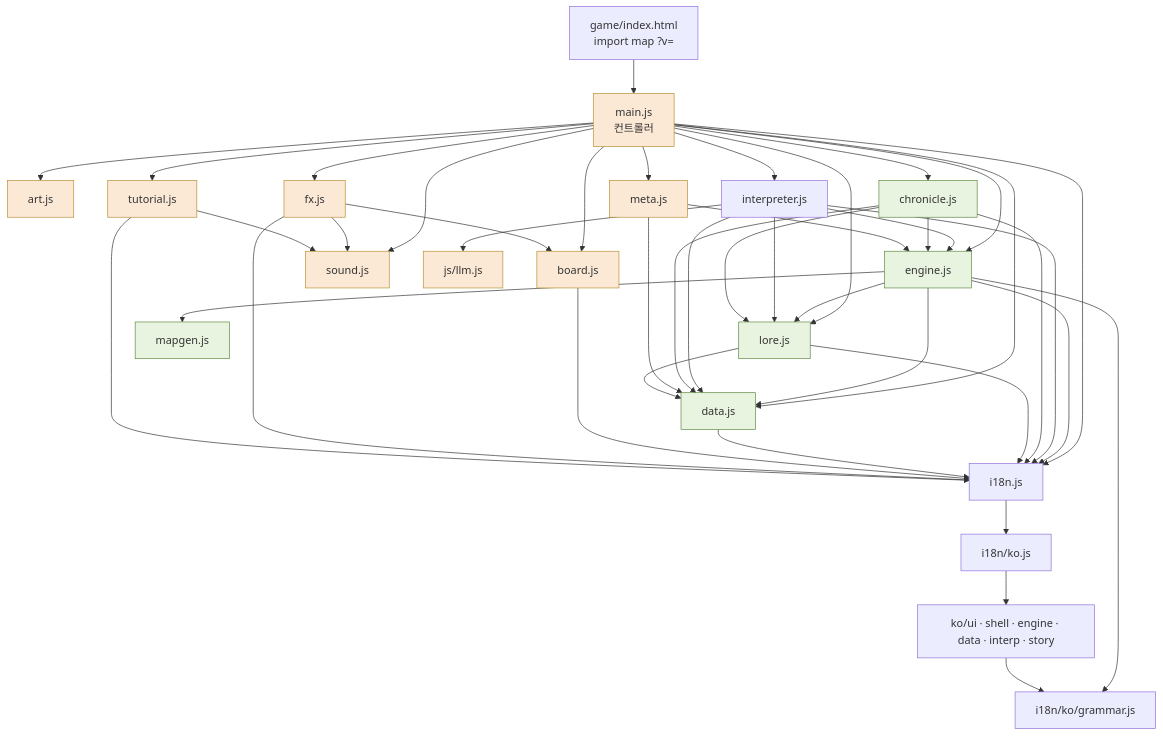
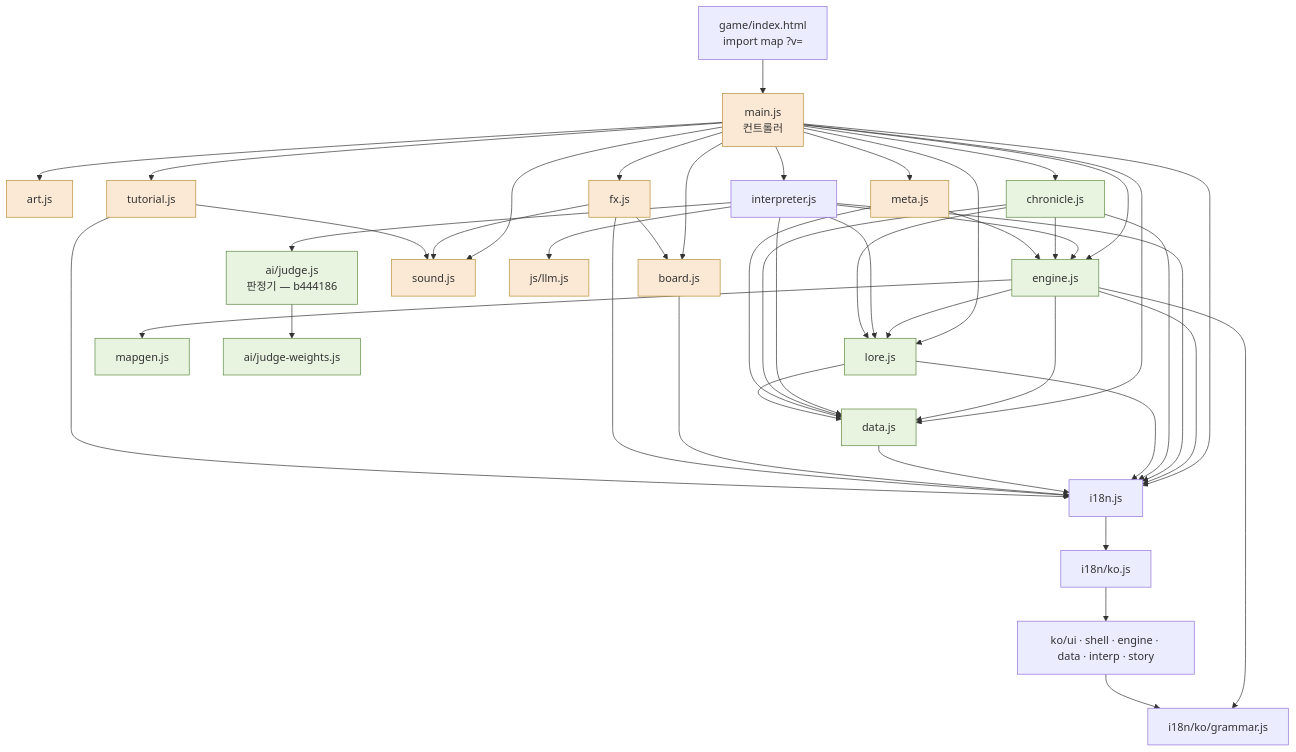
Before and after one commit to wisebear-KOR/GSG_Project: the first of 2 diagrams in docs/spec/04-architecture.md, drawn with Mermaid. The commit also changed other lines of this file and 20 other files, not shown here.

````diff
--- a/docs/spec/04-architecture.md
+++ b/docs/spec/04-architecture.md
@@ -111,48 +113,50 @@
 ```mermaid
 flowchart TD
   HTML[game/index.html<br/>import map ?v=] --> MAIN[main.js<br/>컨트롤러]
   MAIN --> ENG[engine.js]
   MAIN --> DATA[data.js]
   MAIN --> BOARD[board.js]
   MAIN --> ART[art.js]
   MAIN --> TUT[tutorial.js]
   MAIN --> META[meta.js]
   MAIN --> LORE[lore.js]
   MAIN --> CHRON[chronicle.js]
   MAIN --> INTERP[interpreter.js]
   MAIN --> FX[fx.js]
   MAIN --> SND[sound.js]
   MAIN --> I18N[i18n.js]
   ENG --> DATA
   ENG --> MAPGEN[mapgen.js]
   ENG --> LORE
   ENG --> I18N
   ENG --> GRAM[i18n/ko/grammar.js]
   INTERP --> LLM[js/llm.js]
   INTERP --> DATA
   INTERP --> LORE
   INTERP --> ENG
   INTERP --> I18N
+  INTERP --> JUDGE[ai/judge.js<br/>판정기 — b444186]
+  JUDGE --> JW[ai/judge-weights.js]
   CHRON --> DATA
   CHRON --> ENG
   CHRON --> LORE
   CHRON --> I18N
   META --> ENG
   META --> DATA
   LORE --> DATA
   LORE --> I18N
   DATA --> I18N
   BOARD --> I18N
   FX --> BOARD
   FX --> SND
   FX --> I18N
   TUT --> SND
   TUT --> I18N
   I18N --> KO[i18n/ko.js]
   KO --> PACKS[ko/ui · shell · engine · data · interp · story]
   PACKS --> GRAM
   classDef pure fill:#e8f3e0,stroke:#5e8a42
   classDef io fill:#fbe9d6,stroke:#b98f36
-  class ENG,MAPGEN,LORE,DATA,CHRON pure
+  class ENG,MAPGEN,LORE,DATA,CHRON,JUDGE,JW pure
   class LLM,META,MAIN,FX,SND,BOARD,ART,TUT io
 ```
````
